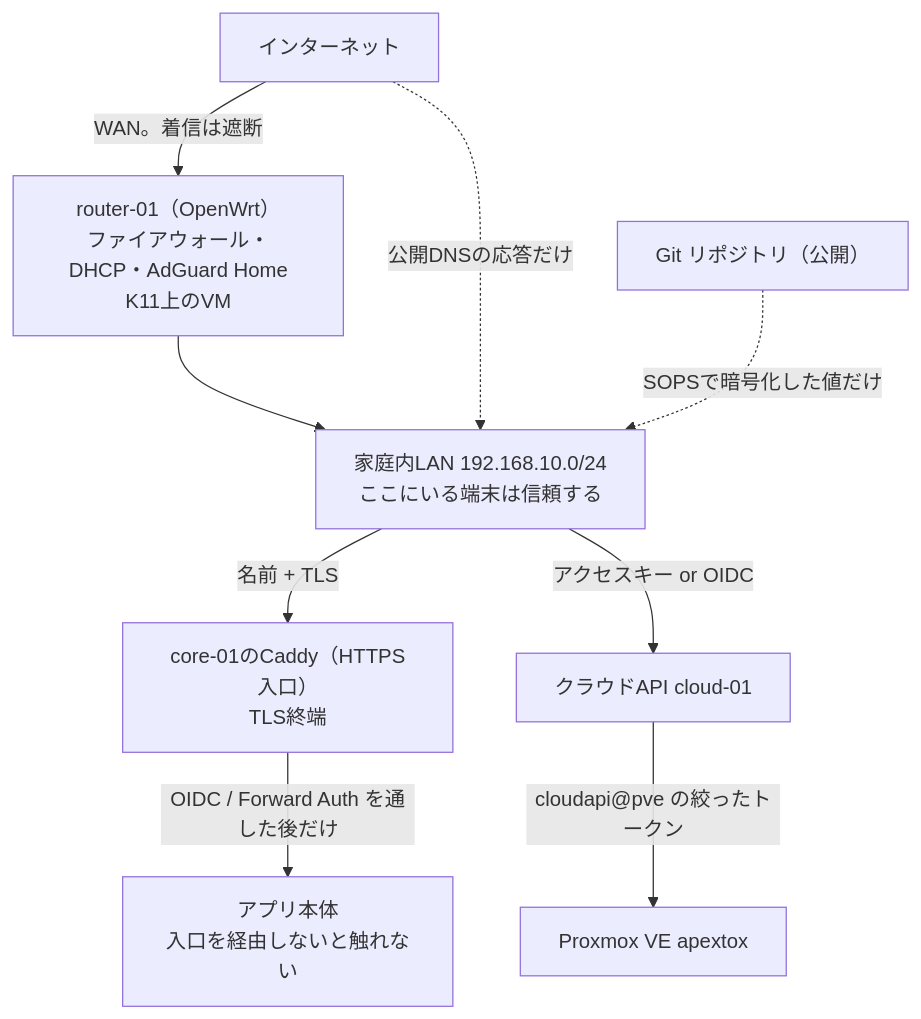
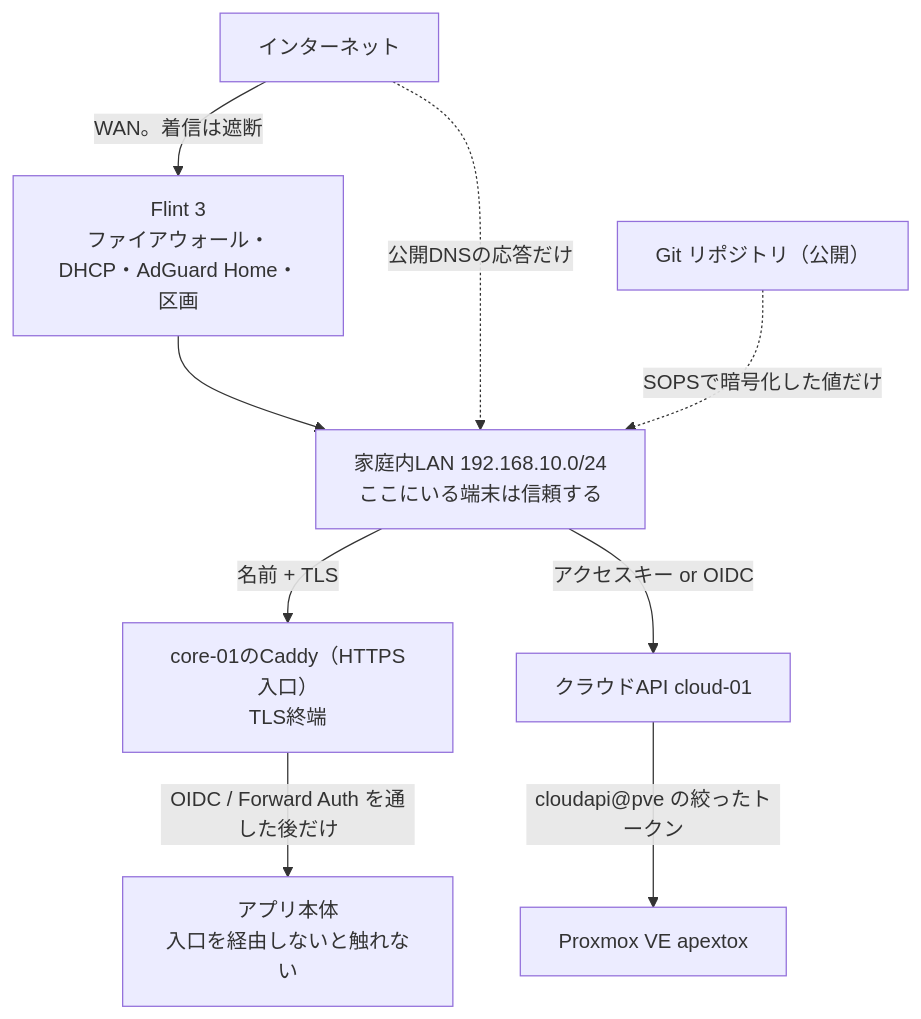
One commit to rurutheGeek/shake-cloud changed the diagram in docs/architecture/security.md. Above: the diagram before and after it, drawn with Mermaid. The commit also changed other lines of this file and 26 other files, not shown here.

First line of the commit message:
docs: Flint 3・tarakoserver・DMZ・Loki に合わせて、運用と構成の文書と図を今の構成へ直す

````diff
--- a/docs/architecture/security.md
+++ b/docs/architecture/security.md
@@ -36,20 +36,20 @@
 ```mermaid
 flowchart TB
   net["インターネット"]
-  router["router-01（OpenWrt）<br/>ファイアウォール・DHCP・AdGuard Home<br/>K11上のVM"]
+  router["Flint 3<br/>ファイアウォール・DHCP・AdGuard Home・区画"]
   lan["家庭内LAN 192.168.10.0/24<br/>ここにいる端末は信頼する"]
   edge["core-01のCaddy（HTTPS入口）<br/>TLS終端"]
   app["アプリ本体<br/>入口を経由しないと触れない"]
   api["クラウドAPI cloud-01"]
   pve["Proxmox VE apextox"]
   git["Git リポジトリ（公開）"]
 
   net -->|"WAN。着信は遮断"| router
   router --> lan
   net -. "公開DNSの応答だけ" .-> lan
   lan -->|"名前 + TLS"| edge
   edge -->|"OIDC / Forward Auth を通した後だけ"| app
   lan -->|"アクセスキー or OIDC"| api
   api -->|"cloudapi@pve の絞ったトークン"| pve
   git -. "SOPSで暗号化した値だけ" .-> lan
 ```
````
